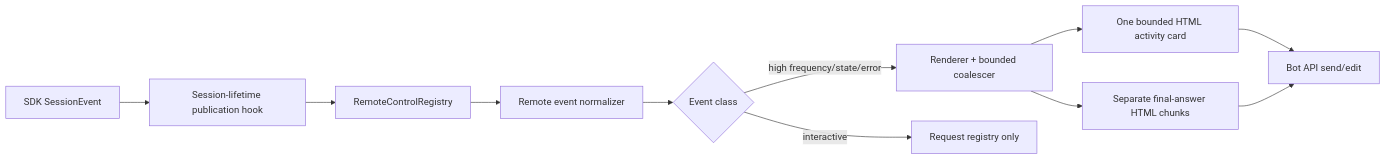
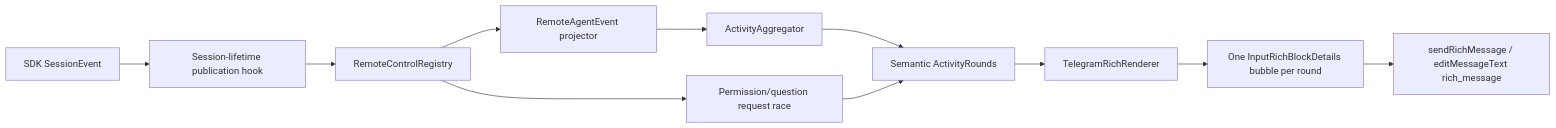
Diagram 14 of 17 in extensions/copilot/docs/telegram-remote/CALL_FLOWS.md (SachiHarshitha/vscode-telegram), drawn with Mermaid before and after one commit. The commit also changed other lines of this file and 32 other files, not shown here.

Commit message:
feat: add steerable Telegram rich activity timeline

````diff
--- a/extensions/copilot/docs/telegram-remote/CALL_FLOWS.md
+++ b/extensions/copilot/docs/telegram-remote/CALL_FLOWS.md
@@ -358,13 +386,13 @@
 ```mermaid
 flowchart LR
     A[SDK SessionEvent] --> B[Session-lifetime publication hook]
     B --> C[RemoteControlRegistry]
-    C --> N[Remote event normalizer]
-    N --> D{Event class}
-	D -->|high frequency/state/error| E[Renderer + bounded coalescer]
-	D -->|interactive| F[Request registry only]
-	E --> H[One bounded HTML activity card]
-	E --> J[Separate final-answer HTML chunks]
-	H --> I[Bot API send/edit]
-	J --> I
+    C --> N[RemoteAgentEvent projector]
+    N --> D[ActivityAggregator]
+    D --> E[Semantic ActivityRounds]
+    E --> F[TelegramRichRenderer]
+    F --> G[One InputRichBlockDetails bubble per round]
+    G --> H[sendRichMessage / editMessageText rich_message]
+    C --> I[Permission/question request race]
+    I --> E
 ```
````
